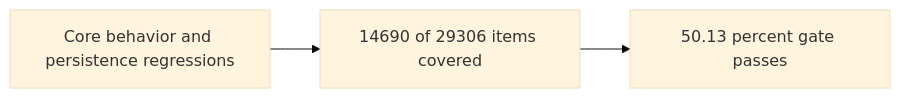
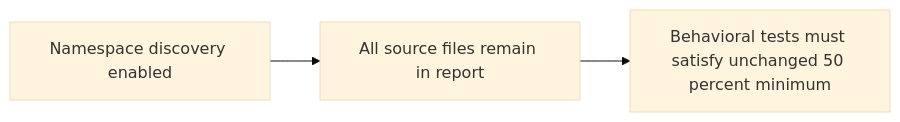
The sixth of 8 diagrams in docs/learnings/2026-11-13-coverage-configuration.md (gwicho38/mcli), drawn with Mermaid (base theme) before and after one commit. The commit also changed other lines of this file and 23 other files, not shown here.

````diff
--- a/docs/learnings/2026-11-13-coverage-configuration.md
+++ b/docs/learnings/2026-11-13-coverage-configuration.md
@@ -123,5 +130,5 @@
 ```mermaid
 flowchart LR
-    A[Core behavior and persistence regressions] --> B[14690 of 29306 items covered]
-    B --> C[50.13 percent gate passes]
+    A[Namespace discovery enabled] --> B[All source files remain in report]
+    B --> C[Behavioral tests must satisfy unchanged 50 percent minimum]
 ```
````
